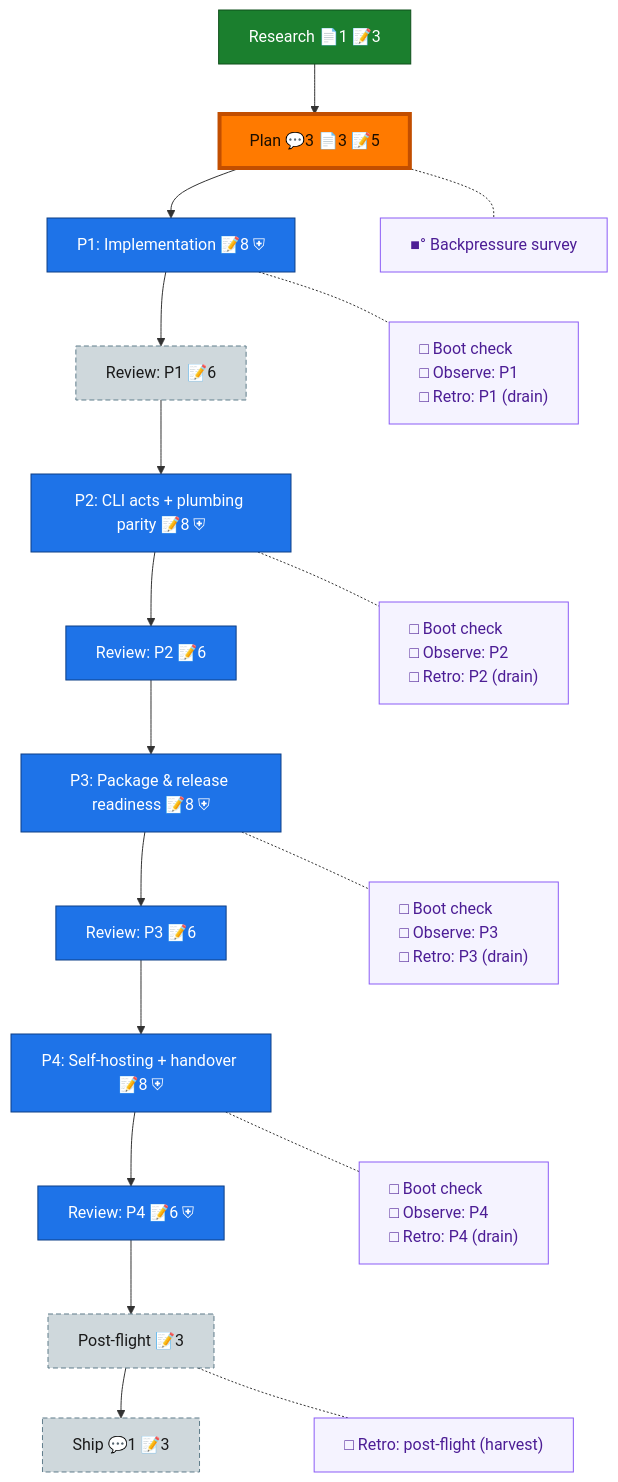
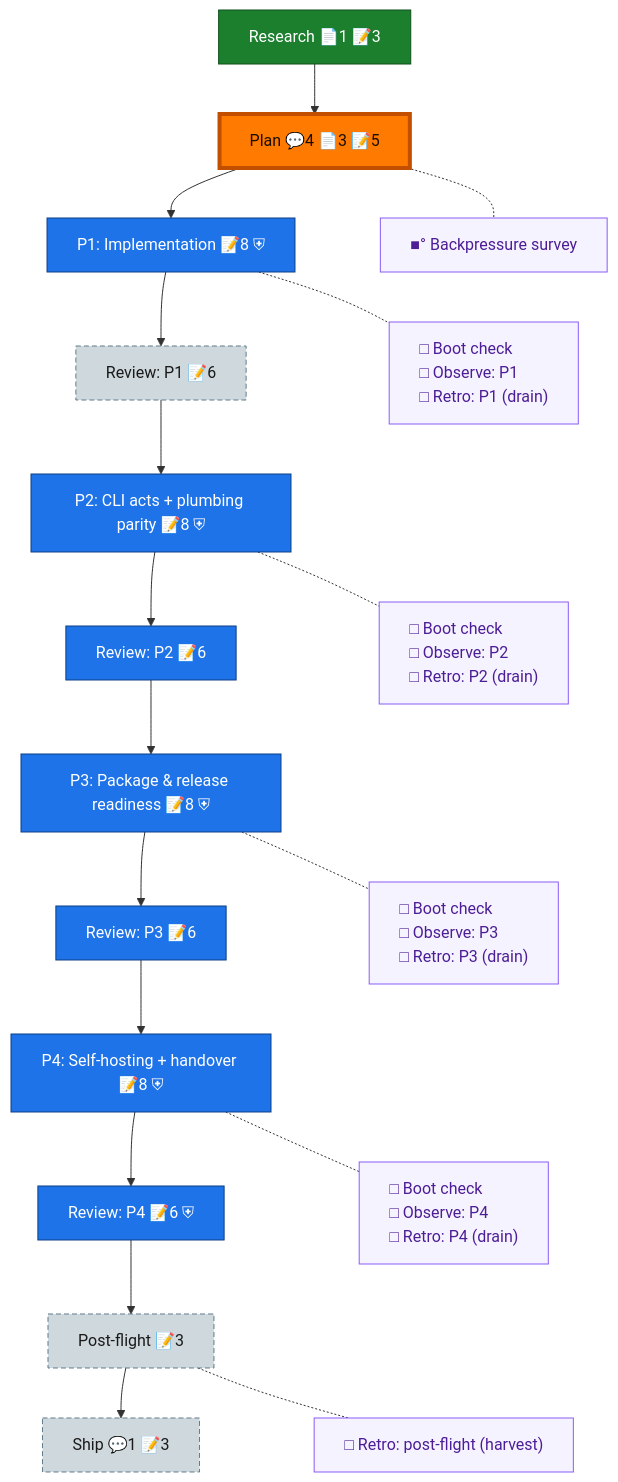
One commit to AI-Substrate/dd changed the diagram in docs/plans/001-dd-extraction/the-flow.md. Above: the diagram before and after it, drawn with Mermaid. The commit also changed other lines of this file and 6 other files, not shown here.

````diff
--- a/docs/plans/001-dd-extraction/the-flow.md
+++ b/docs/plans/001-dd-extraction/the-flow.md
@@ -8,42 +8,42 @@
 ```mermaid
 flowchart TD
     research["Research 📄1 📝3"]:::done
-    plan["Plan 💬3 📄3 📝5"]:::done
+    plan["Plan 💬4 📄3 📝5"]:::done
     phase_1["P1: Implementation 📝8 ⛨"]:::known
     review_1["Review: P1 📝6"]:::assumed
     phase_2["P2: CLI acts + plumbing parity 📝8 ⛨"]:::known
     review_2["Review: P2 📝6"]:::known
     phase_3["P3: Package & release readiness 📝8 ⛨"]:::known
     review_3["Review: P3 📝6"]:::known
     phase_4["P4: Self-hosting + handover 📝8 ⛨"]:::known
     review_4["Review: P4 📝6 ⛨"]:::known
     post_flight["Post-flight 📝3"]:::assumed
     ship["Ship 💬1 📝3"]:::assumed
 
     research --> plan --> phase_1 --> review_1 --> phase_2 --> review_2 --> phase_3 --> review_3 --> phase_4 --> review_4 --> post_flight --> ship
 
     planC["■° Backpressure survey"]:::chore
     phase_1C["□ Boot check<br/>□ Observe: P1<br/>□ Retro: P1 (drain)"]:::chore
     phase_2C["□ Boot check<br/>□ Observe: P2<br/>□ Retro: P2 (drain)"]:::chore
     phase_3C["□ Boot check<br/>□ Observe: P3<br/>□ Retro: P3 (drain)"]:::chore
     phase_4C["□ Boot check<br/>□ Observe: P4<br/>□ Retro: P4 (drain)"]:::chore
     post_flightC["□ Retro: post-flight (harvest)"]:::chore
 
     %% invisible chain holds the gutter boxes in their own column
     planC ~~~ phase_1C ~~~ phase_2C ~~~ phase_3C ~~~ phase_4C ~~~ post_flightC
 
     %% dotted links pull each gutter box beside its node
     plan -.- planC
     phase_1 -.- phase_1C
     phase_2 -.- phase_2C
     phase_3 -.- phase_3C
     phase_4 -.- phase_4C
     post_flight -.- post_flightC
 
     classDef done fill:#1B7F2E,stroke:#0F4F1B,color:#fff;
     classDef known fill:#1E73E8,stroke:#0D3F86,color:#fff;
     classDef assumed fill:#CFD8DC,stroke:#607D8B,color:#1a1a1a,stroke-dasharray:5 3;
     classDef chore fill:#f5f3ff,stroke:#8b5cf6,color:#4c1d95,text-align:left;
     classDef current fill:#FF7A00,stroke:#C24E00,color:#1a0e00,stroke-width:4px;
     class plan current;
 ```
````
